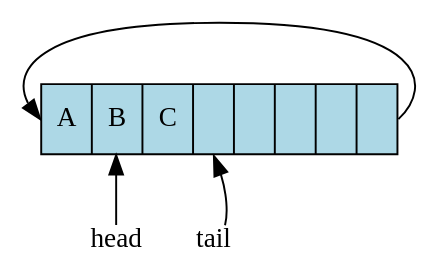
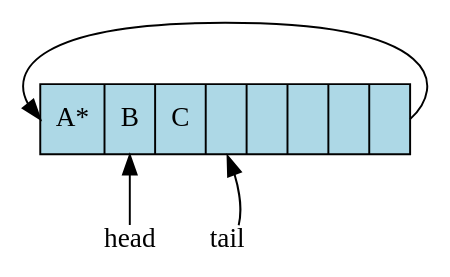
The eighth of 11 diagrams in src/stack/queue.rst (DaveParillo/cisc187-reader), drawn with Graphviz before and after one commit. The commit also changed other lines of this file and 3 other files, not shown here.

```diff
--- a/src/stack/queue.rst
+++ b/src/stack/queue.rst
@@ -316,18 +328,18 @@
       .. graphviz::
          :align: center
          :alt: remove 1 element
 
          digraph {
            node [fontname = "Bitstream Vera Sans", 
                   fontsize=14,
                   shape=record, 
                   style=filled, 
                   fillcolor=lightblue
            ];
-           ring [label="<f0>A | <f1>B | <f2>C | <f3> | <f4> | <f5> | <f6> | <f7> "] 
+           ring [label="<f0>A* | <f1>B | <f2>C | <f3> | <f4> | <f5> | <f6> | <f7> "] 
            ring:f7:e -> ring:f0:w
            node [shape=plain, style=""];
            ring:f1 -> head [dir=back]
            ring:f3 -> tail [style=invis]
            ring:f3 -> tail [dir=back]
          }
```
